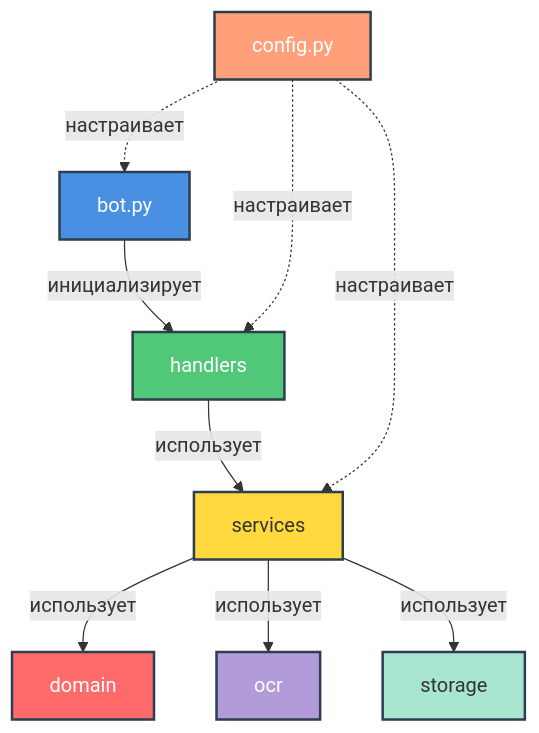
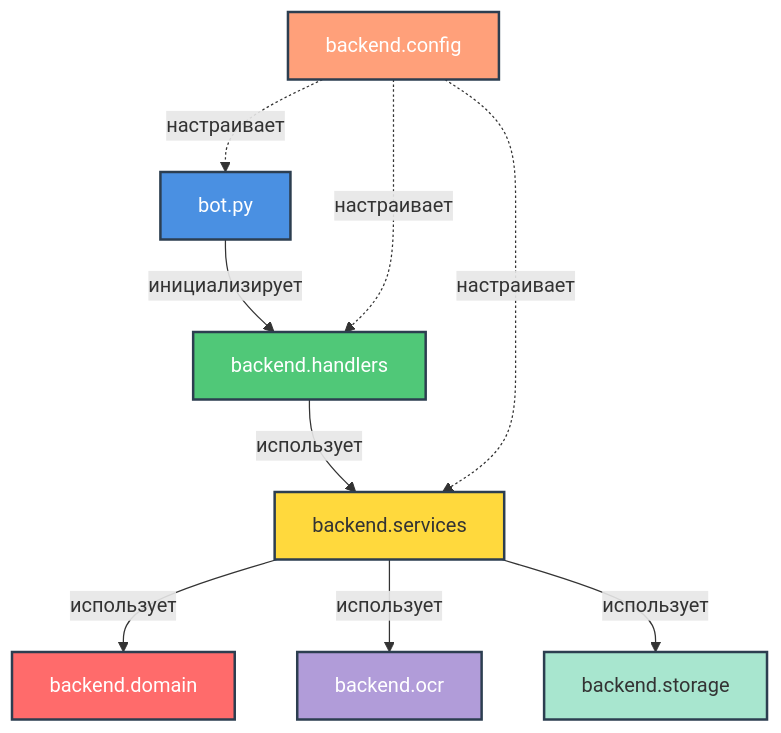
Before and after one commit to AmaLS367/InvoiceFlowBot: the second of 2 diagrams in docs/ru/overview.md, drawn with Mermaid. The commit also changed other lines of this file and 3 other files, not shown here.

````diff
--- a/docs/ru/overview.md
+++ b/docs/ru/overview.md
@@ -89,19 +89,19 @@
 ```mermaid
 graph TD
-    A[bot.py] -->|инициализирует| B[handlers]
-    B -->|использует| C[services]
-    C -->|использует| D[domain]
-    C -->|использует| E[ocr]
-    C -->|использует| F[storage]
-    G[config.py] -.настраивает.-> A
+    A[bot.py] -->|инициализирует| B[backend.handlers]
+    B -->|использует| C[backend.services]
+    C -->|использует| D[backend.domain]
+    C -->|использует| E[backend.ocr]
+    C -->|использует| F[backend.storage]
+    G[backend.config] -.настраивает.-> A
     G -.настраивает.-> B
     G -.настраивает.-> C
 
     style A fill:#4A90E2,stroke:#2c3e50,stroke-width:2px,color:#fff
     style B fill:#50C878,stroke:#2c3e50,stroke-width:2px,color:#fff
     style C fill:#FFD93D,stroke:#2c3e50,stroke-width:2px,color:#333
     style D fill:#FF6B6B,stroke:#2c3e50,stroke-width:2px,color:#fff
     style E fill:#B19CD9,stroke:#2c3e50,stroke-width:2px,color:#fff
     style F fill:#A8E6CF,stroke:#2c3e50,stroke-width:2px,color:#333
     style G fill:#FFA07A,stroke:#2c3e50,stroke-width:2px,color:#fff
 ```
````
